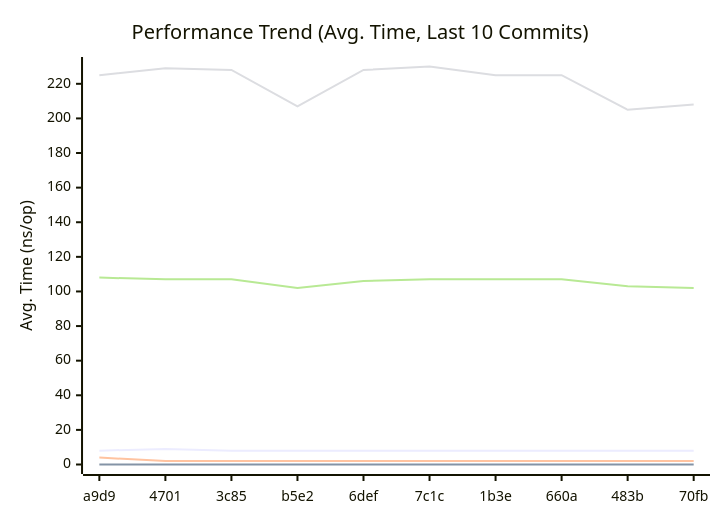
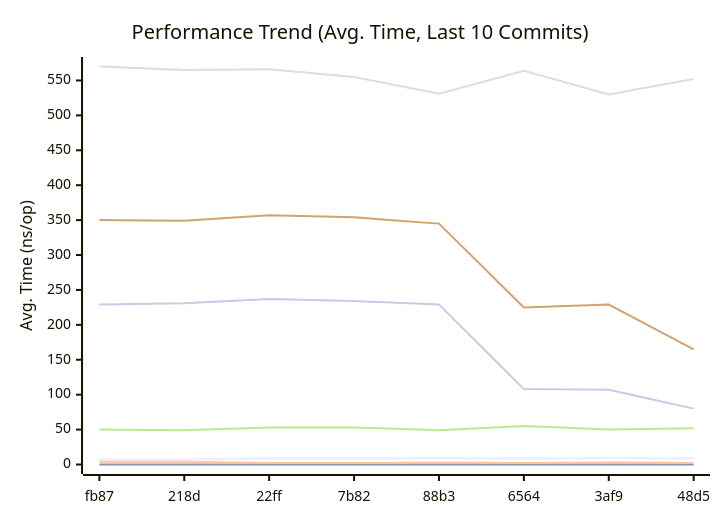
One commit to alsotoes/momo changed the first of 3 diagrams in doc/README.md. Above: the diagram before and after it, drawn with Mermaid. The commit also changed other lines of this file and 58 other files, not shown here.

````diff
--- a/doc/README.md
+++ b/doc/README.md
@@ -290,12 +296,14 @@
 ```mermaid
 xychart-beta
     title "Performance Trend (Avg. Time, Last 10 Commits)"
     x-axis "Commit"
     y-axis "Avg. Time (ns/op)"
-    x-axis [a9d9,4701,3c85,b5e2,6def,7c1c,1b3e,660a,483b,70fb]
-    line "CheckMetricsAndSwap" [8,9,8,8,8,8,8,8,8,8]
+    x-axis [fb87,218d,22ff,7b82,88b3,6564,3af9,48d5]
+    line "CheckMetricsAndSwap" [7,7,9,9,9,9,9,9,9,9]
     line "IndexDirectTracking" [0,0,0,0,0,0,0,0,0,0]
-    line "IndexSearch" [4,2,2,2,2,2,2,2,2,2]
-    line "ParseReplicationOrder_NoPrealloc" [225,229,228,207,228,230,225,225,205,208]
-    line "ParseReplicationOrder_Prealloc" [108,107,107,102,106,107,107,107,103,102]
+    line "IndexSearch" [4,4,2,2,3,2,3,2,2,3]
+    line "LoadGlobalConfig" [570,565,566,555,531,564,530,552,558,522]
+    line "PadString" [50,49,53,53,49,55,50,52,53,50]
+    line "ParseReplicationOrder_NoPrealloc" [350,349,357,354,345,225,229,165,232,234]
+    line "ParseReplicationOrder_Prealloc" [229,231,237,234,229,108,107,80,110,109]
 ```
````
